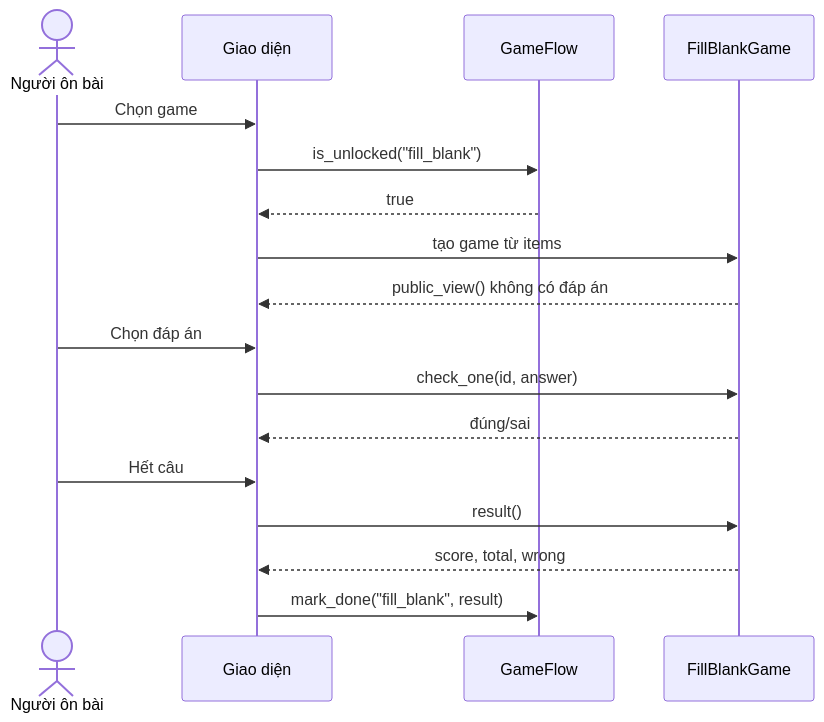
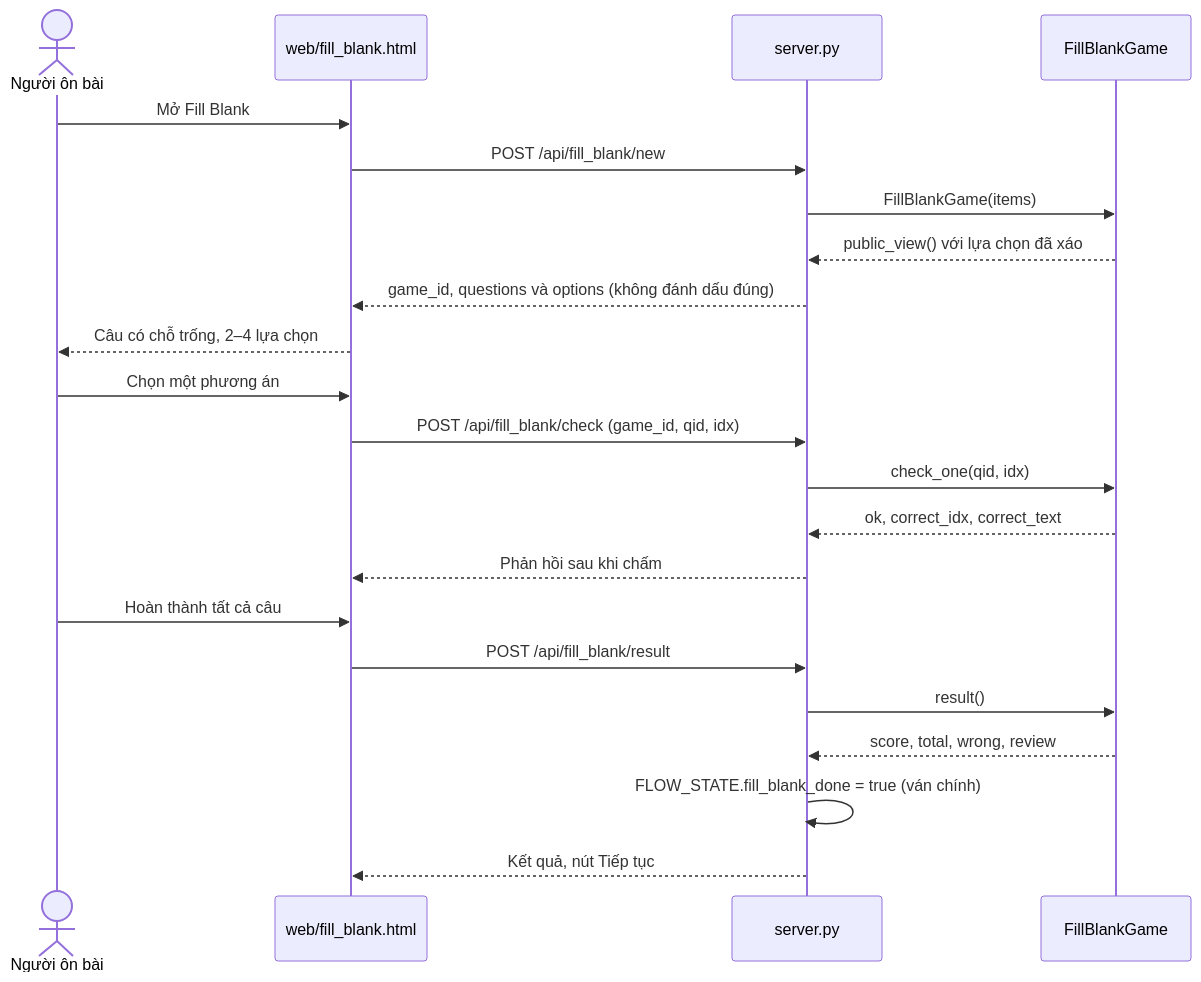
Before and after one commit to TAnh05/EduGame: the fourth of 5 diagrams in docs/01-UML-phan-game.md, drawn with Mermaid. The commit also changed other lines of this file and 15 other files, not shown here.

````diff
--- a/docs/01-UML-phan-game.md
+++ b/docs/01-UML-phan-game.md
@@ -266,20 +255,25 @@
 ```mermaid
 sequenceDiagram
     actor P as Người ôn bài
-    participant UI as Giao diện
-    participant F as GameFlow
+    participant UI as web/fill_blank.html
+    participant S as server.py
     participant G as FillBlankGame
 
-    P->>UI: Chọn game
-    UI->>F: is_unlocked("fill_blank")
-    F-->>UI: true
-    UI->>G: tạo game từ items
-    G-->>UI: public_view() không có đáp án
-    P->>UI: Chọn đáp án
-    UI->>G: check_one(id, answer)
-    G-->>UI: đúng/sai
-    P->>UI: Hết câu
-    UI->>G: result()
-    G-->>UI: score, total, wrong
-    UI->>F: mark_done("fill_blank", result)
+    P->>UI: Mở Fill Blank
+    UI->>S: POST /api/fill_blank/new
+    S->>G: FillBlankGame(items)
+    G-->>S: public_view() với lựa chọn đã xáo
+    S-->>UI: game_id, questions và options (không đánh dấu đúng)
+    UI-->>P: Câu có chỗ trống, 2–4 lựa chọn
+    P->>UI: Chọn một phương án
+    UI->>S: POST /api/fill_blank/check (game_id, qid, idx)
+    S->>G: check_one(qid, idx)
+    G-->>S: ok, correct_idx, correct_text
+    S-->>UI: Phản hồi sau khi chấm
+    P->>UI: Hoàn thành tất cả câu
+    UI->>S: POST /api/fill_blank/result
+    S->>G: result()
+    G-->>S: score, total, wrong, review
+    S->>S: FLOW_STATE.fill_blank_done = true (ván chính)
+    S-->>UI: Kết quả, nút Tiếp tục
 ```
````
